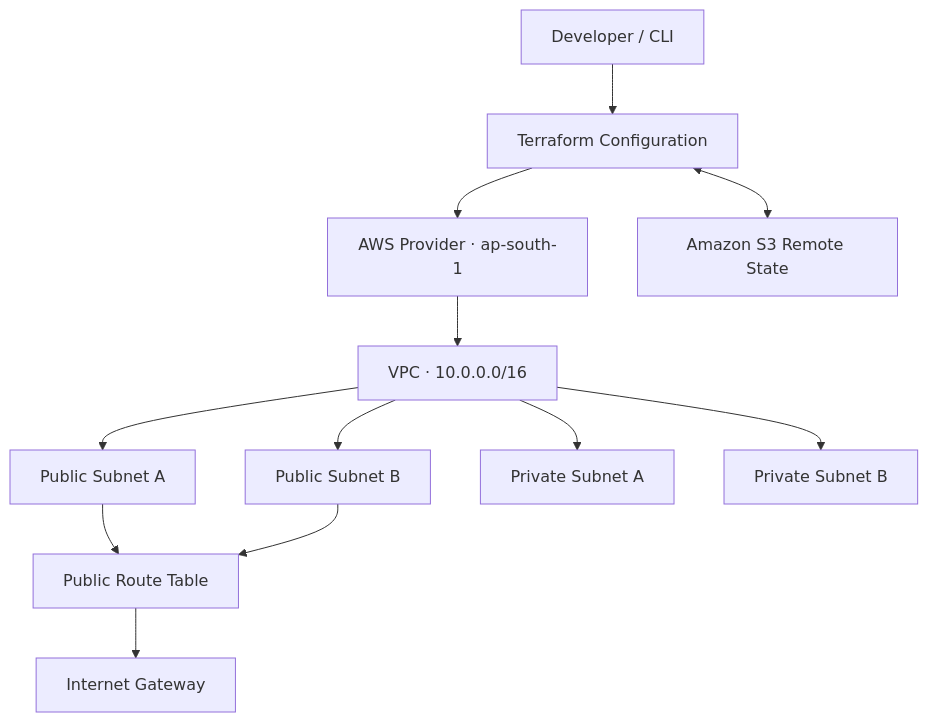
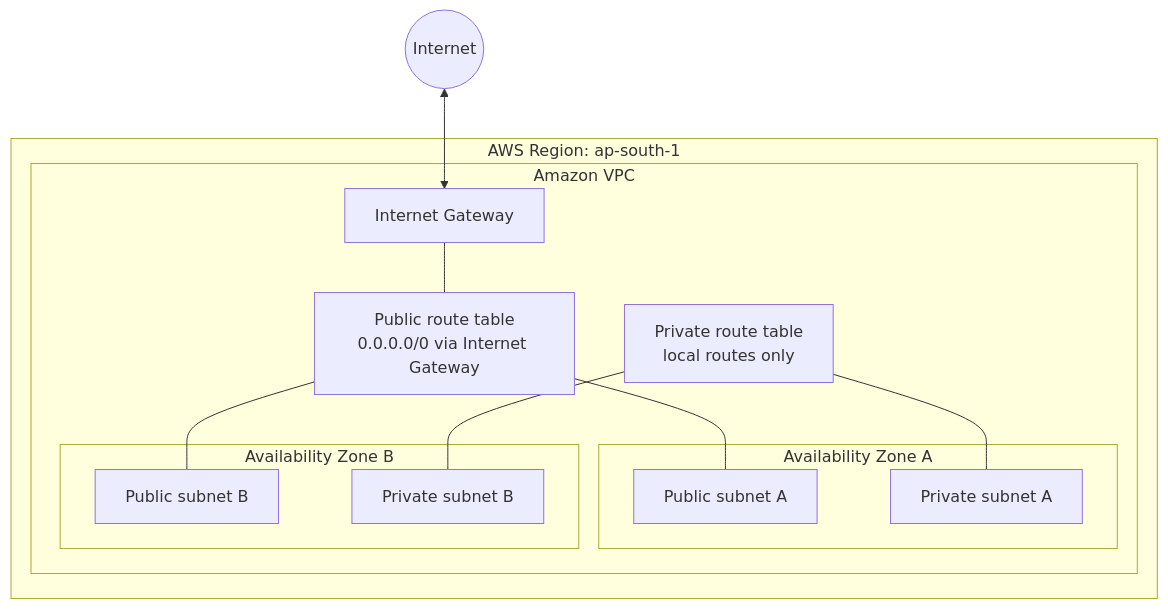
One commit to srushtirevoor99-beep/aws-terraform-infra changed the second of 2 diagrams in README.md. Above: the diagram before and after it, drawn with Mermaid. The commit also changed other lines of this file, not shown here.

````diff
--- a/README.md
+++ b/README.md
@@ -29,17 +50,29 @@
-``` mermaid
+```mermaid
 flowchart TB
-    Dev["Developer / CLI"] --> TF["Terraform Configuration"]
-    TF --> AWS["AWS Provider · ap-south-1"]
-    AWS --> VPC["VPC · 10.0.0.0/16"]
+    INET(("Internet"))
 
-    VPC --> PubA["Public Subnet A"]
-    VPC --> PubB["Public Subnet B"]
-    VPC --> PrivA["Private Subnet A"]
-    VPC --> PrivB["Private Subnet B"]
+    subgraph REGION["AWS Region: ap-south-1"]
+        subgraph VPC["Amazon VPC"]
+            IGW["Internet Gateway"]
+            RTPUB["Public route table<br/>0.0.0.0/0 via Internet Gateway"]
+            RTPRI["Private route table<br/>local routes only"]
 
-    PubA --> RT["Public Route Table"]
-    PubB --> RT
-    RT --> IGW["Internet Gateway"]
+            subgraph AZA["Availability Zone A"]
+                PUBA["Public subnet A"]
+                PRIA["Private subnet A"]
+            end
 
-    TF <--> State["Amazon S3 Remote State"]
+            subgraph AZB["Availability Zone B"]
+                PUBB["Public subnet B"]
+                PRIB["Private subnet B"]
+            end
+        end
+    end
+
+    INET <--> IGW
+    IGW --- RTPUB
+    RTPUB --- PUBA
+    RTPUB --- PUBB
+    RTPRI --- PRIA
+    RTPRI --- PRIB
 ```
````
